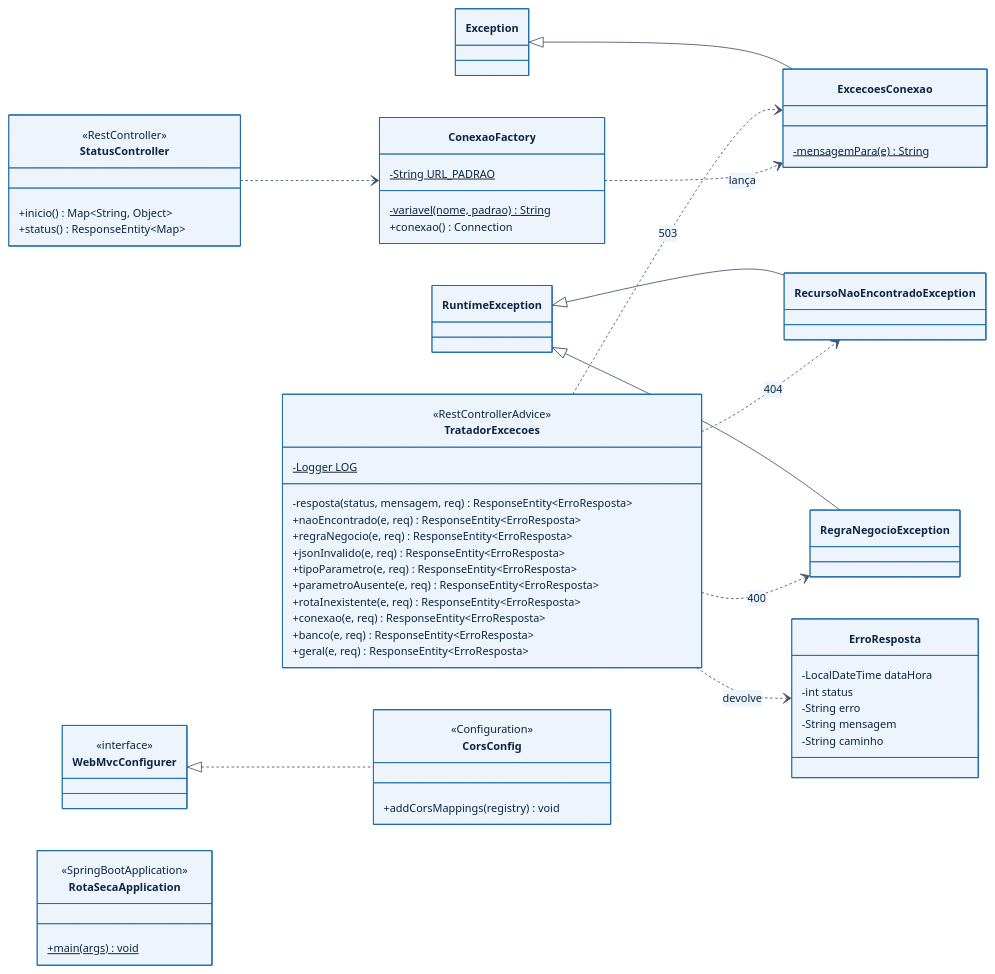
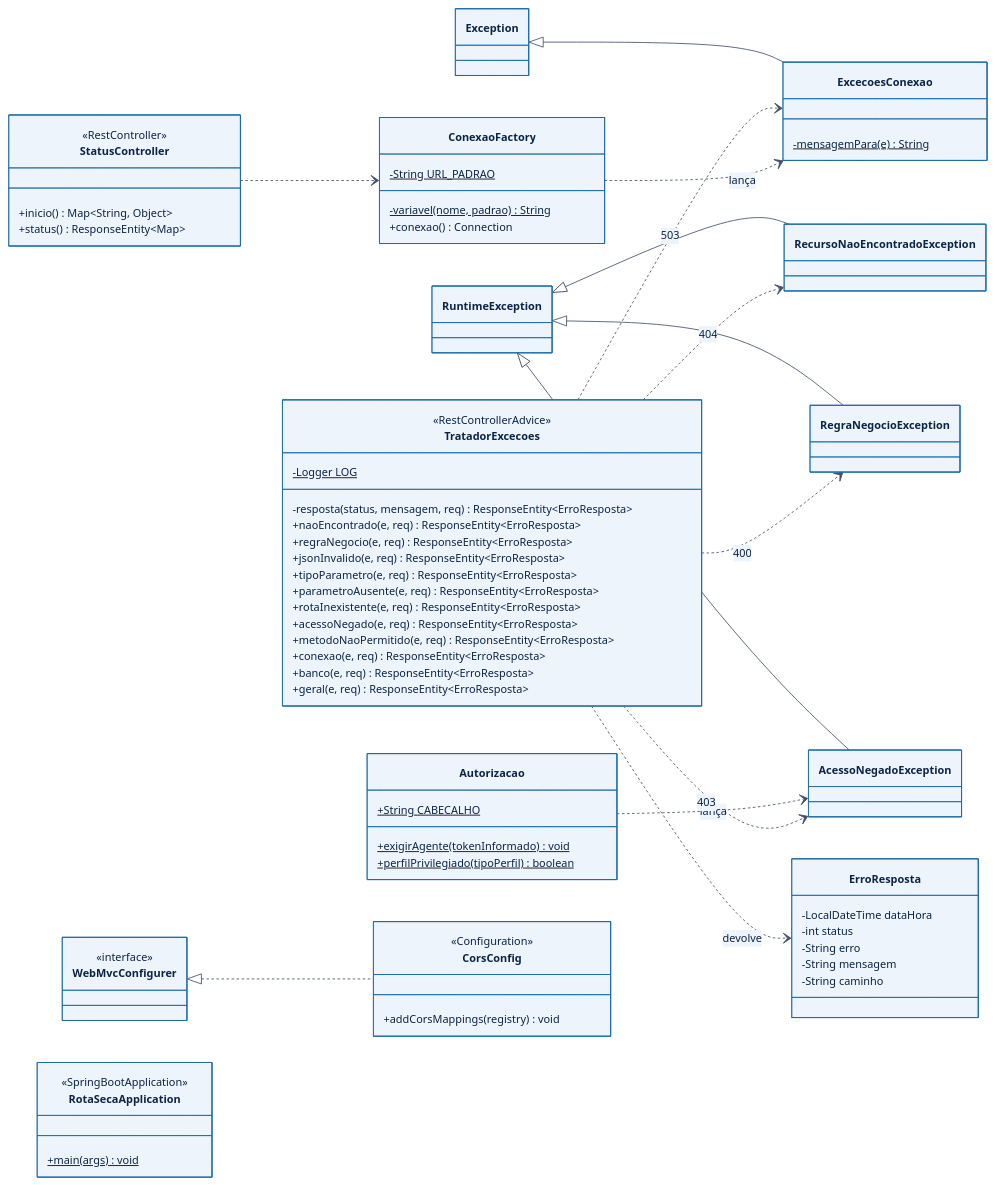
Before and after one commit to fajuniior/rota-seca-api: the diagram in docs/diagramas/4_excecoes_infraestrutura.mmd, drawn with Mermaid. The commit also changed 4 other files, not shown here.

Commit message:
Atualiza documentação e diagramas: credencial de agente, confirmações imutáveis e evidências de teste

```diff
--- a/docs/diagramas/4_excecoes_infraestrutura.mmd
+++ b/docs/diagramas/4_excecoes_infraestrutura.mmd
@@ -1,64 +1,76 @@
 %%{init: {'theme':'base','themeVariables':{'primaryColor':'#eef4fb','primaryBorderColor':'#1b6ca8','primaryTextColor':'#0b2545','lineColor':'#44506a','fontFamily':'Arial','fontSize':'13px'}}}%%
 classDiagram
   direction LR
   class Exception
   class RuntimeException
   class ExcecoesConexao {
     -mensagemPara(e)$ String
   }
   class RecursoNaoEncontradoException {
   }
   class RegraNegocioException {
+  }
+  class AcessoNegadoException {
+  }
+  class Autorizacao {
+    +String CABECALHO$
+    +exigirAgente(tokenInformado)$ void
+    +perfilPrivilegiado(tipoPerfil)$ boolean
   }
   class ErroResposta {
     -LocalDateTime dataHora
     -int status
     -String erro
     -String mensagem
     -String caminho
   }
   class TratadorExcecoes {
     <<RestControllerAdvice>>
     -Logger LOG$
     -resposta(status, mensagem, req) ResponseEntity~ErroResposta~
     +naoEncontrado(e, req) ResponseEntity~ErroResposta~
     +regraNegocio(e, req) ResponseEntity~ErroResposta~
     +jsonInvalido(e, req) ResponseEntity~ErroResposta~
     +tipoParametro(e, req) ResponseEntity~ErroResposta~
     +parametroAusente(e, req) ResponseEntity~ErroResposta~
     +rotaInexistente(e, req) ResponseEntity~ErroResposta~
+    +acessoNegado(e, req) ResponseEntity~ErroResposta~
+    +metodoNaoPermitido(e, req) ResponseEntity~ErroResposta~
     +conexao(e, req) ResponseEntity~ErroResposta~
     +banco(e, req) ResponseEntity~ErroResposta~
     +geral(e, req) ResponseEntity~ErroResposta~
   }
   class ConexaoFactory {
     -String URL_PADRAO$
     -variavel(nome, padrao)$ String
     +conexao() Connection
   }
   class CorsConfig {
     <<Configuration>>
     +addCorsMappings(registry) void
   }
   class WebMvcConfigurer {
     <<interface>>
   }
   class StatusController {
     <<RestController>>
     +inicio() Map~String, Object~
     +status() ResponseEntity~Map~
   }
   class RotaSecaApplication {
     <<SpringBootApplication>>
     +main(args)$ void
   }
   Exception <|-- ExcecoesConexao
   RuntimeException <|-- RecursoNaoEncontradoException
   RuntimeException <|-- RegraNegocioException
+  RuntimeException <|-- AcessoNegadoException
+  Autorizacao ..> AcessoNegadoException : lança
+  TratadorExcecoes ..> AcessoNegadoException : 403
   TratadorExcecoes ..> ErroResposta : devolve
   TratadorExcecoes ..> RecursoNaoEncontradoException : 404
   TratadorExcecoes ..> RegraNegocioException : 400
   TratadorExcecoes ..> ExcecoesConexao : 503
   ConexaoFactory ..> ExcecoesConexao : lança
   WebMvcConfigurer <|.. CorsConfig
   StatusController ..> ConexaoFactory
```
